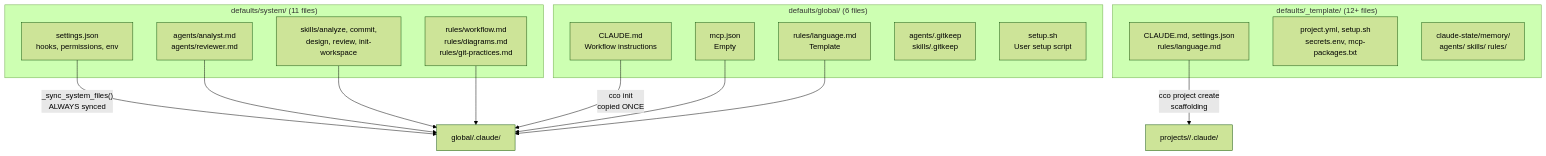
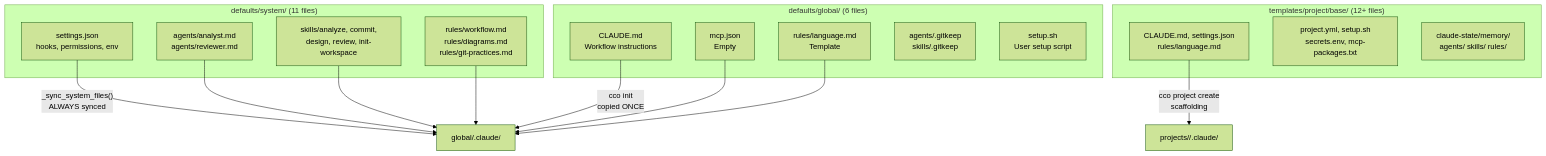
Before and after one commit to alergyonthestage/claude-orchestrator: the first of 2 diagrams in docs/maintainer/configuration/scope-hierarchy/analysis.md, drawn with Mermaid (forest theme). The commit also changed 16 other files, not shown here.

First line of the commit message:
docs: replace stale defaults/_template/ and defaults/tutorial/ paths

````diff
--- a/docs/maintainer/configuration/scope-hierarchy/analysis.md
+++ b/docs/maintainer/configuration/scope-hierarchy/analysis.md
@@ -192,33 +192,33 @@
 ```mermaid
 graph TB
     subgraph "defaults/system/ (11 files)"
         SS[settings.json<br/>hooks, permissions, env]
         SA[agents/analyst.md<br/>agents/reviewer.md]
         SK[skills/analyze, commit,<br/>design, review, init-workspace]
         SR[rules/workflow.md<br/>rules/diagrams.md<br/>rules/git-practices.md]
     end
 
     subgraph "defaults/global/ (6 files)"
         GC[CLAUDE.md<br/>Workflow instructions]
         GM[mcp.json<br/>Empty]
         GL[rules/language.md<br/>Template]
         GG[agents/.gitkeep<br/>skills/.gitkeep]
         GS[setup.sh<br/>User setup script]
     end
 
-    subgraph "defaults/_template/ (12+ files)"
+    subgraph "templates/project/base/ (12+ files)"
         TC[CLAUDE.md, settings.json<br/>rules/language.md]
         TT[project.yml, setup.sh<br/>secrets.env, mcp-packages.txt]
         TD[claude-state/memory/<br/>agents/ skills/ rules/]
     end
 
     SS -->|"_sync_system_files()<br/>ALWAYS synced"| G["global/.claude/"]
     SA --> G
     SK --> G
     SR --> G
     GC -->|"cco init<br/>copied ONCE"| G
     GM --> G
     GL --> G
 
     TC -->|"cco project create<br/>scaffolding"| P["projects/<name>/.claude/"]
 ```
````
